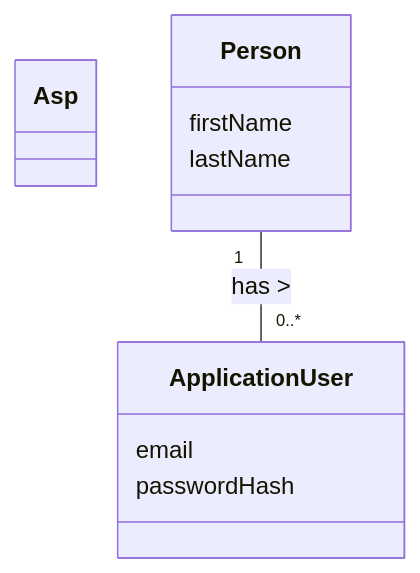
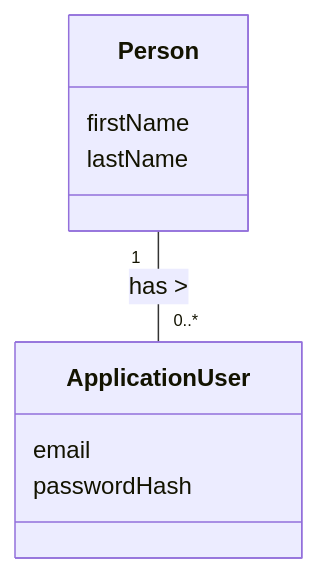
The diagram in docs/UseCases/UC-001/DomainModel.md (Tirsvad/TirsvadCLI.DotNet.Portfolio), drawn with Mermaid before and after one commit. The commit also changed other lines of this file and 4 other files, not shown here.

````diff
--- a/docs/UseCases/UC-001/DomainModel.md
+++ b/docs/UseCases/UC-001/DomainModel.md
@@ -9,17 +20,15 @@
 ```mermaid
 classDiagram
-
-  class Asp
 
   class ApplicationUser {
     email
     passwordHash
   }
 
   class Person {
     firstName
     lastName
   }
 
     Person "1" -- "0..*" ApplicationUser : has >
 ```
````
